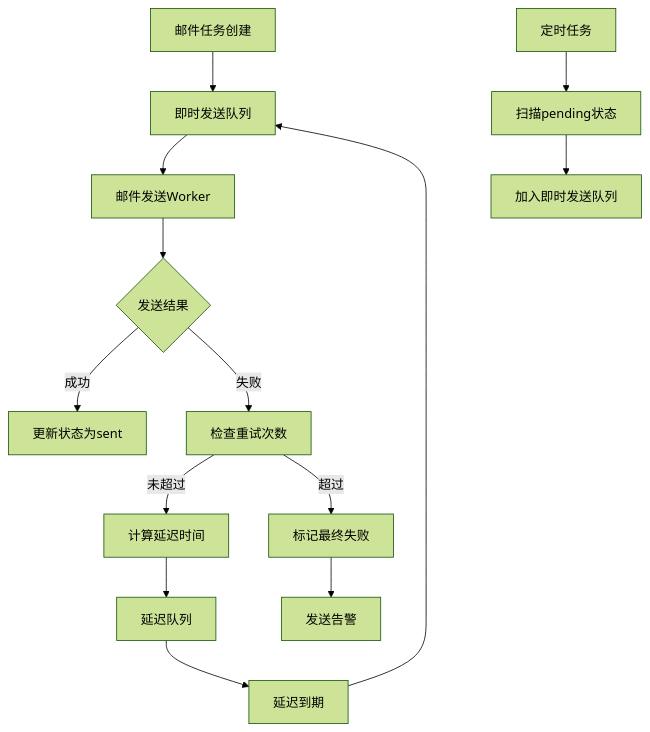
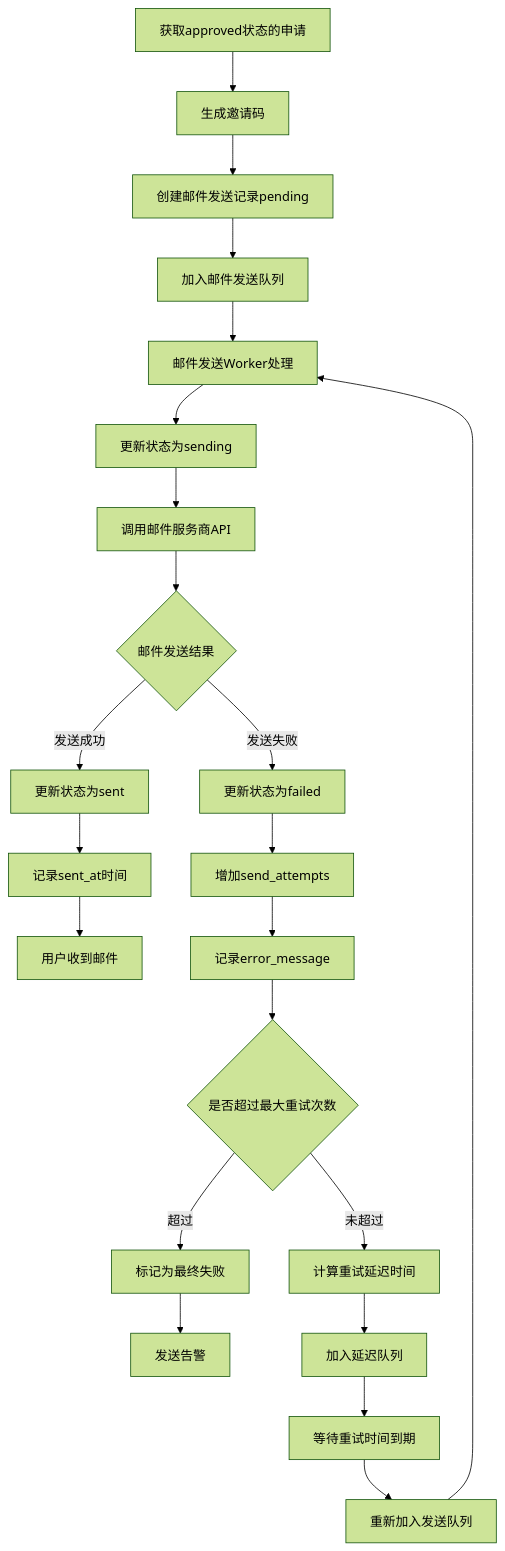
Before and after one commit to yingjianzh/iodraw-files: the diagram in all/未命名-77.md, drawn with Mermaid (forest theme).

Commit message:
2025-07-08 10:02:47 update

````diff
--- a/all/未命名-77.md
+++ b/all/未命名-77.md
@@ -1,20 +1,29 @@
 ```mermaid
-graph TD
-    A[邮件任务创建] --> B[即时发送队列]
-    B --> C[邮件发送Worker]
-    C --> D{发送结果}
+
+flowchart TD
+    A[获取approved状态的申请] --> B[生成邀请码]
+    B --> C[创建邮件发送记录pending]
+    C --> D[加入邮件发送队列]
     
-    D -->|成功| E[更新状态为sent]
-    D -->|失败| F[检查重试次数]
+    D --> E[邮件发送Worker处理]
+    E --> F[更新状态为sending]
+    F --> G[调用邮件服务商API]
+    G --> H{邮件发送结果}
     
-    F -->|未超过| G[计算延迟时间]
-    G --> H[延迟队列]
-    H --> I[延迟到期]
-    I --> B
+    H -->|发送成功| I[更新状态为sent]
+    I --> J[记录sent_at时间]
+    J --> K[用户收到邮件]
     
-    F -->|超过| J[标记最终失败]
-    J --> K[发送告警]
-    
-    L[定时任务] --> M[扫描pending状态]
-    M --> N[加入即时发送队列]
+    H -->|发送失败| L[更新状态为failed]
+    L --> M[增加send_attempts]
+    M --> N[记录error_message]
+    N --> O{是否超过最大重试次数}
+    O -->|超过| P[标记为最终失败]
+    P --> Q[发送告警]
+    O -->|未超过| R[计算重试延迟时间]
+    R --> S[加入延迟队列]
+    S --> T[等待重试时间到期]
+    T --> U[重新加入发送队列]
+    U --> E
+
 ```
````
